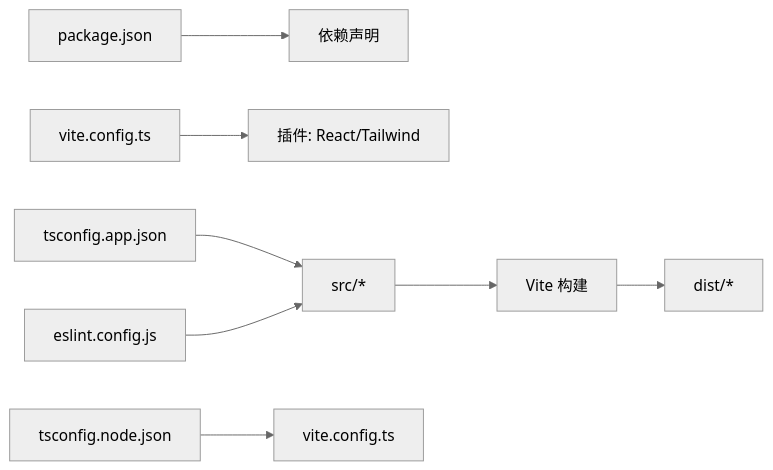
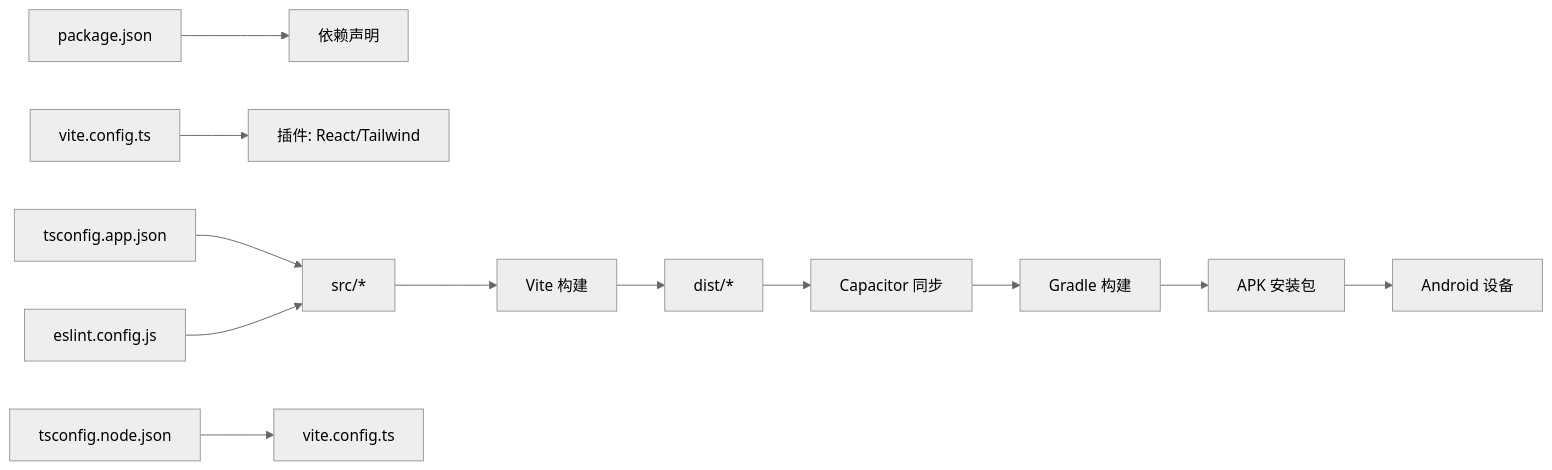
The third of 3 diagrams in .qoder/repowiki/zh/content/开发指南/构建配置.md (billye220670/AIShop), drawn with Mermaid (neutral theme) before and after one commit. The commit also changed other lines of this file and 99 other files, not shown here.

````diff
--- a/.qoder/repowiki/zh/content/开发指南/构建配置.md
+++ b/.qoder/repowiki/zh/content/开发指南/构建配置.md
@@ -180,10 +268,14 @@
 ```mermaid
 graph LR
 Pkg["package.json"] --> Deps["依赖声明"]
 ViteCfg["vite.config.ts"] --> Plugins["插件: React/Tailwind"]
 TSApp["tsconfig.app.json"] --> Src["src/*"]
 TSNode["tsconfig.node.json"] --> BuildCfg["vite.config.ts"]
 ESLint["eslint.config.js"] --> Src
 Src --> ViteBuild["Vite 构建"]
 ViteBuild --> Dist["dist/*"]
+Dist --> Cap["Capacitor 同步"]
+Cap --> Gradle["Gradle 构建"]
+Gradle --> APK["APK 安装包"]
+APK --> Device["Android 设备"]
 ```
````
